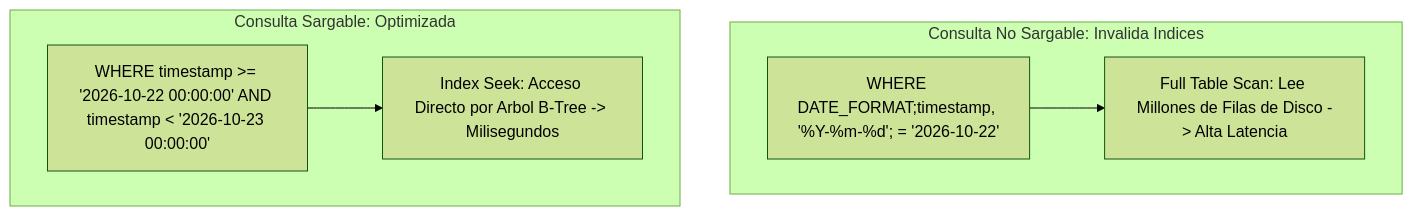
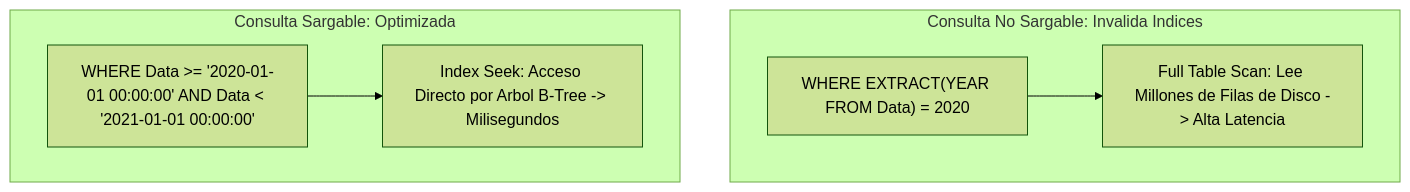
The first of 2 diagrams in group-1/sesion-8.md (edumartinez99/jython-sql-ignition-scada), drawn with Mermaid (forest theme) before and after one commit. The commit also changed other lines of this file and 2 other files, not shown here.

````diff
--- a/group-1/sesion-8.md
+++ b/group-1/sesion-8.md
@@ -47,14 +88,14 @@
 ```mermaid
 flowchart TD
     subgraph Consulta_No_Sargable [Consulta No Sargable: Invalida Indices]
-        FuncFilter[WHERE DATE_FORMAT;timestamp, '%Y-%m-%d'; = '2026-10-22']
-        TableScan[Full Table Scan: Lee Millones de Filas de Disco -> Alta Latencia]
+        FuncFilter["WHERE EXTRACT(YEAR FROM Data) = 2020"]
+        TableScan["Full Table Scan: Lee Millones de Filas de Disco -> Alta Latencia"]
         FuncFilter --> TableScan
     end
 
     subgraph Consulta_Sargable [Consulta Sargable: Optimizada]
-        DirectRange[WHERE timestamp >= '2026-10-22 00:00:00' AND timestamp < '2026-10-23 00:00:00']
-        IndexSeek[Index Seek: Acceso Directo por Arbol B-Tree -> Milisegundos]
+        DirectRange["WHERE Data >= '2020-01-01 00:00:00' AND Data < '2021-01-01 00:00:00'"]
+        IndexSeek["Index Seek: Acceso Directo por Arbol B-Tree -> Milisegundos"]
         DirectRange --> IndexSeek
     end
 ```
````
